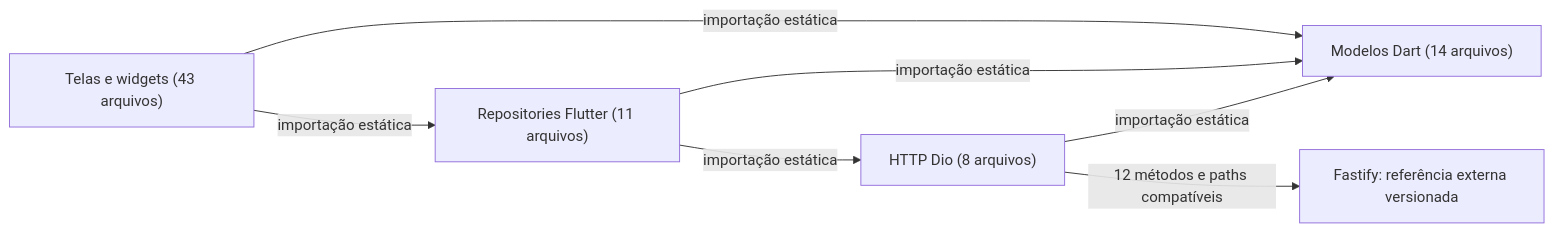
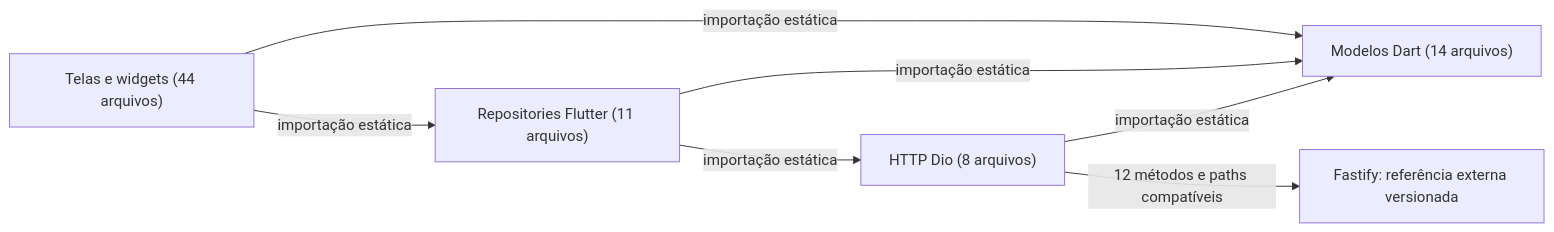
Before and after one commit to richardcastrogois/TrainForge: the first of 2 diagrams in docs/arquitetura/README.md, drawn with Mermaid. The commit also changed other lines of this file and 48 other files, not shown here.

````diff
--- a/docs/arquitetura/README.md
+++ b/docs/arquitetura/README.md
@@ -19,14 +19,14 @@
 ```mermaid
 flowchart LR
-    node0["Telas e widgets (43 arquivos)"]
+    node0["Telas e widgets (44 arquivos)"]
     node1["Repositories Flutter (11 arquivos)"]
     node2["HTTP Dio (8 arquivos)"]
     node3["Modelos Dart (14 arquivos)"]
     node4["Fastify: referência externa versionada"]
     node2 -->|"importação estática"| node3
     node1 -->|"importação estática"| node2
     node1 -->|"importação estática"| node3
     node0 -->|"importação estática"| node3
     node0 -->|"importação estática"| node1
     node2 -->|"12 métodos e paths compatíveis"| node4
 ```
````
